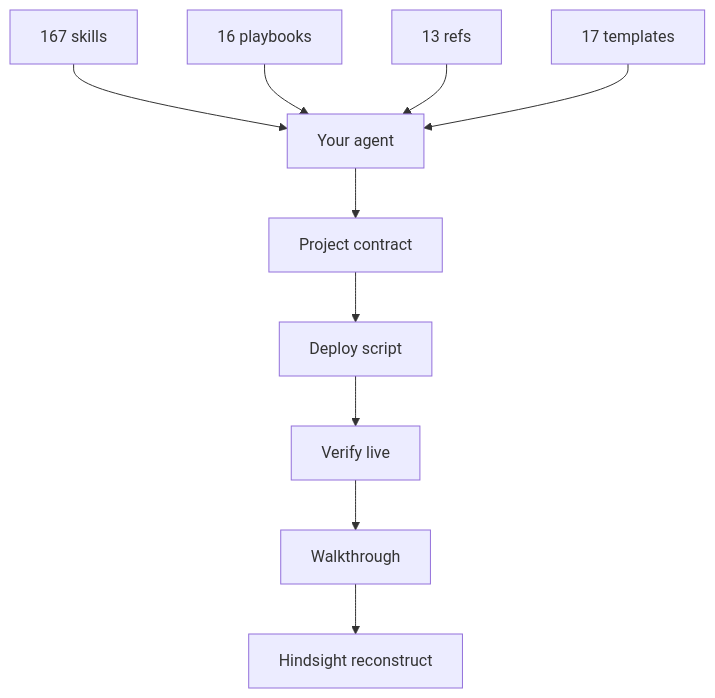
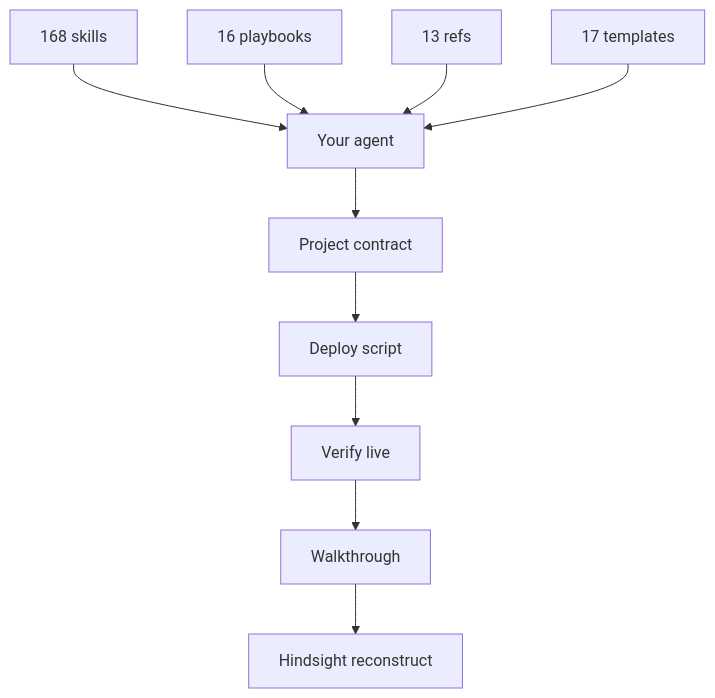
One commit to Nonarkara/dr-non-vibecoding-skills changed the third of 3 diagrams in README.md. Above: the diagram before and after it, drawn with Mermaid. The commit also changed other lines of this file and 15 other files, not shown here.

````diff
--- a/README.md
+++ b/README.md
@@ -441,12 +441,12 @@
 ```mermaid
 flowchart TB
-  S["167 skills"] --> A["Your agent"]
+  S["168 skills"] --> A["Your agent"]
   P["16 playbooks"] --> A
   R["13 refs"] --> A
   T["17 templates"] --> A
   A --> W["Project contract"]
   W --> D["Deploy script"]
   D --> V["Verify live"]
   V --> H["Walkthrough"]
   H --> L["Hindsight reconstruct"]
 ```
````
